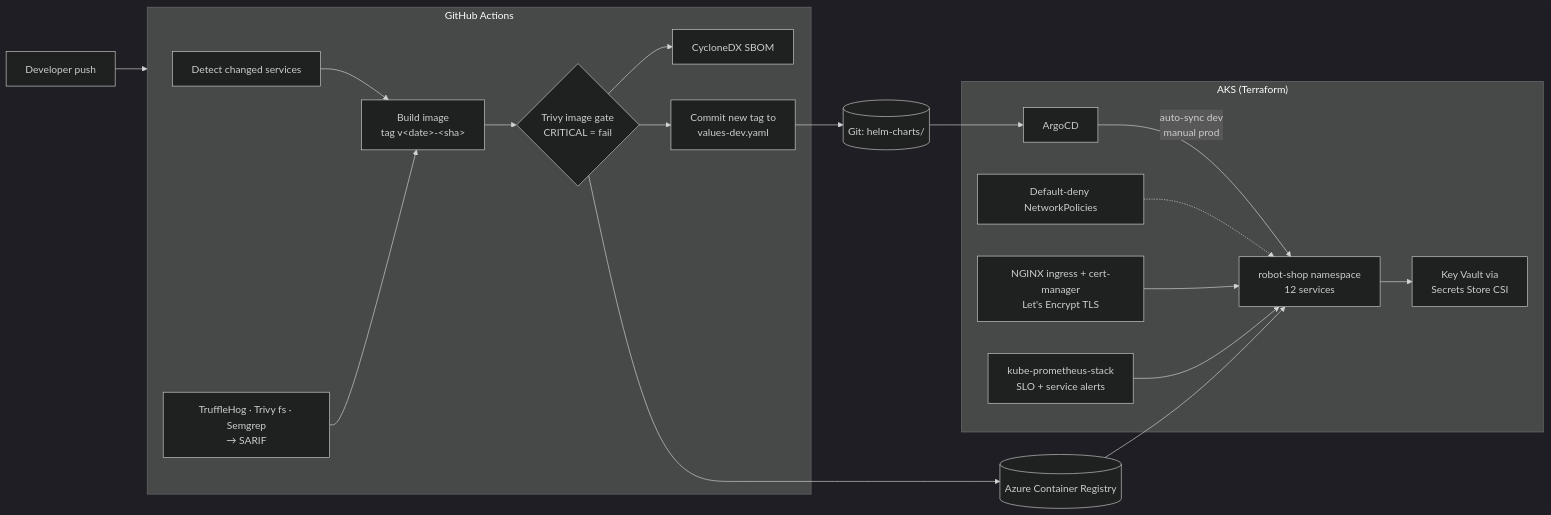
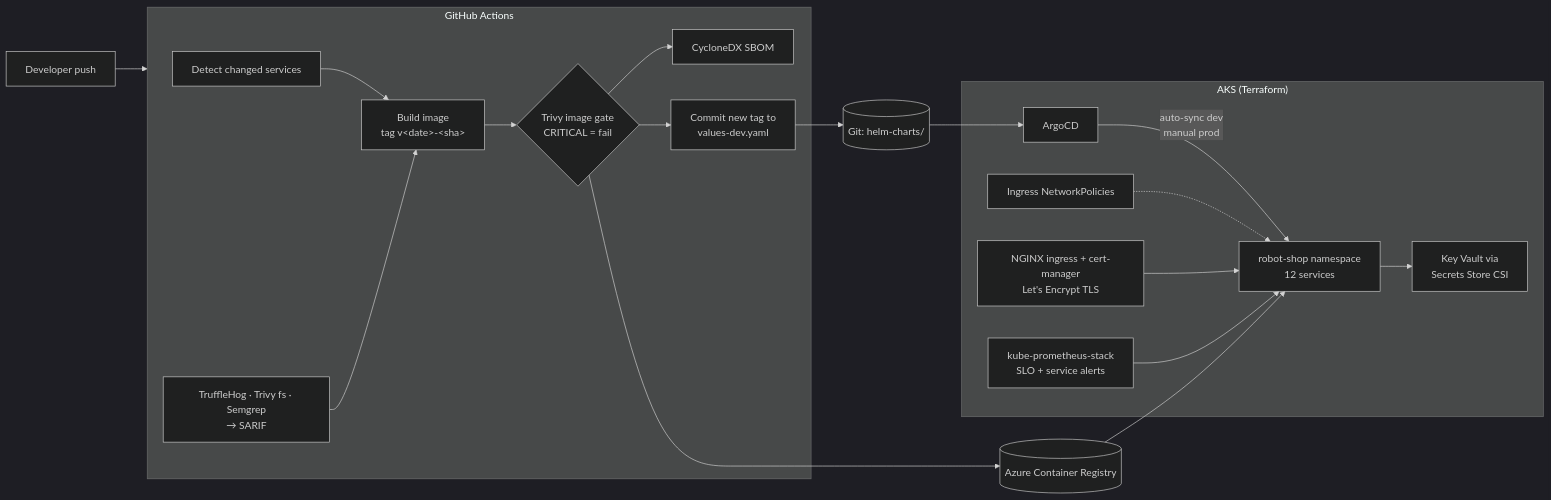
Before and after one commit to abdihakim-said/robot-shop-azure-platform: the diagram in README.md, drawn with Mermaid (dark theme). The commit also changed other lines of this file, not shown here.

Commit message:
README: describe NetworkPolicies as they are in the chart

````diff
--- a/README.md
+++ b/README.md
@@ -17,26 +17,26 @@
 ```mermaid
 flowchart LR
   dev[Developer push] --> GA
 
   subgraph GA["GitHub Actions"]
     D[Detect changed services] --> B[Build image<br/>tag v&lt;date&gt;-&lt;sha&gt;]
     SC[TruffleHog · Trivy fs · Semgrep<br/>→ SARIF] --> B
     B --> G{Trivy image gate<br/>CRITICAL = fail}
     G --> SB[CycloneDX SBOM]
     G --> C[Commit new tag to<br/>values-dev.yaml]
   end
 
   G --> ACR[(Azure Container Registry)]
   C --> Git[(Git: helm-charts/)]
 
   subgraph AKS["AKS (Terraform)"]
     Argo[ArgoCD] -->|auto-sync dev<br/>manual prod| App[robot-shop namespace<br/>12 services]
     App --> KV[Key Vault via<br/>Secrets Store CSI]
-    NP[Default-deny NetworkPolicies] -.-> App
+    NP[Ingress NetworkPolicies] -.-> App
     Ing[NGINX ingress + cert-manager<br/>Let's Encrypt TLS] --> App
     Mon[kube-prometheus-stack<br/>SLO + service alerts] --> App
   end
 
   Git --> Argo
   ACR --> App
 ```
````
